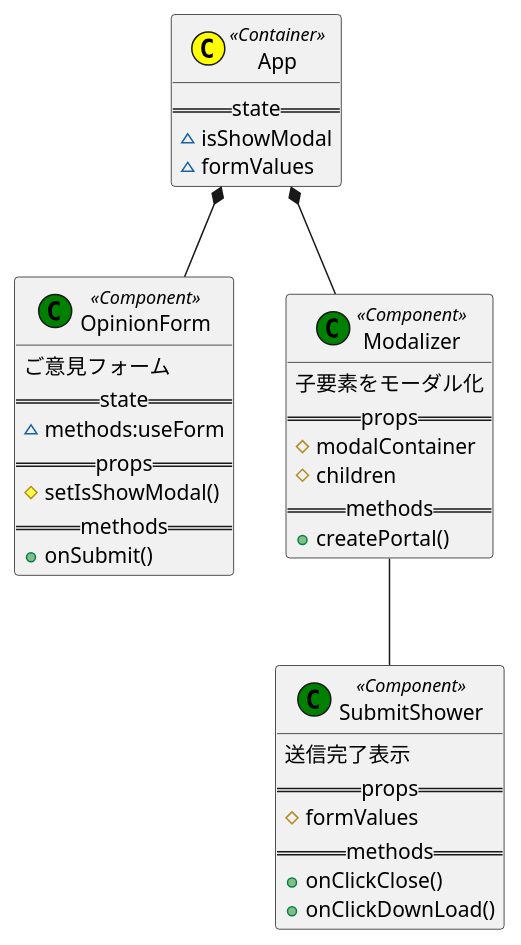
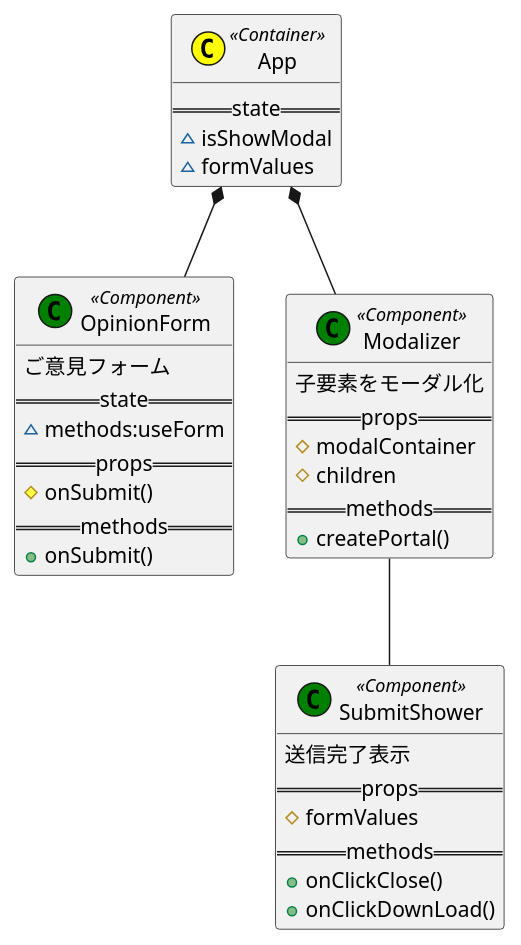
The diagram in docs/class/class.pu (dede-20191130/send-contact-form-react-router), drawn with PlantUML before and after one commit. The commit also changed 5 other files, not shown here.

```diff
--- a/docs/class/class.pu
+++ b/docs/class/class.pu
@@ -1,41 +1,41 @@
 @startuml class diagram
 
 class App << (C,yellow) Container>> {
     ==state==
     ~isShowModal
     ~formValues
 }
 
 class OpinionForm << (C,green) Component>> {
     ご意見フォーム
     ==state==
     ~methods:useForm
     ==props==
-    #setIsShowModal()
+    #onSubmit()
     ==methods==
     +onSubmit()
 }
 
 class Modalizer << (C,green) Component>> {
     子要素をモーダル化
     ==props==
     #modalContainer
     #children
     ==methods==
     +createPortal()
 }
 
 class SubmitShower << (C,green) Component>> {
     送信完了表示
     ==props==
     #formValues
     ==methods==
     +onClickClose()
     +onClickDownLoad()
 }
 
 App *-- OpinionForm
 App *-- Modalizer
 Modalizer -- SubmitShower
 
 @enduml
```
